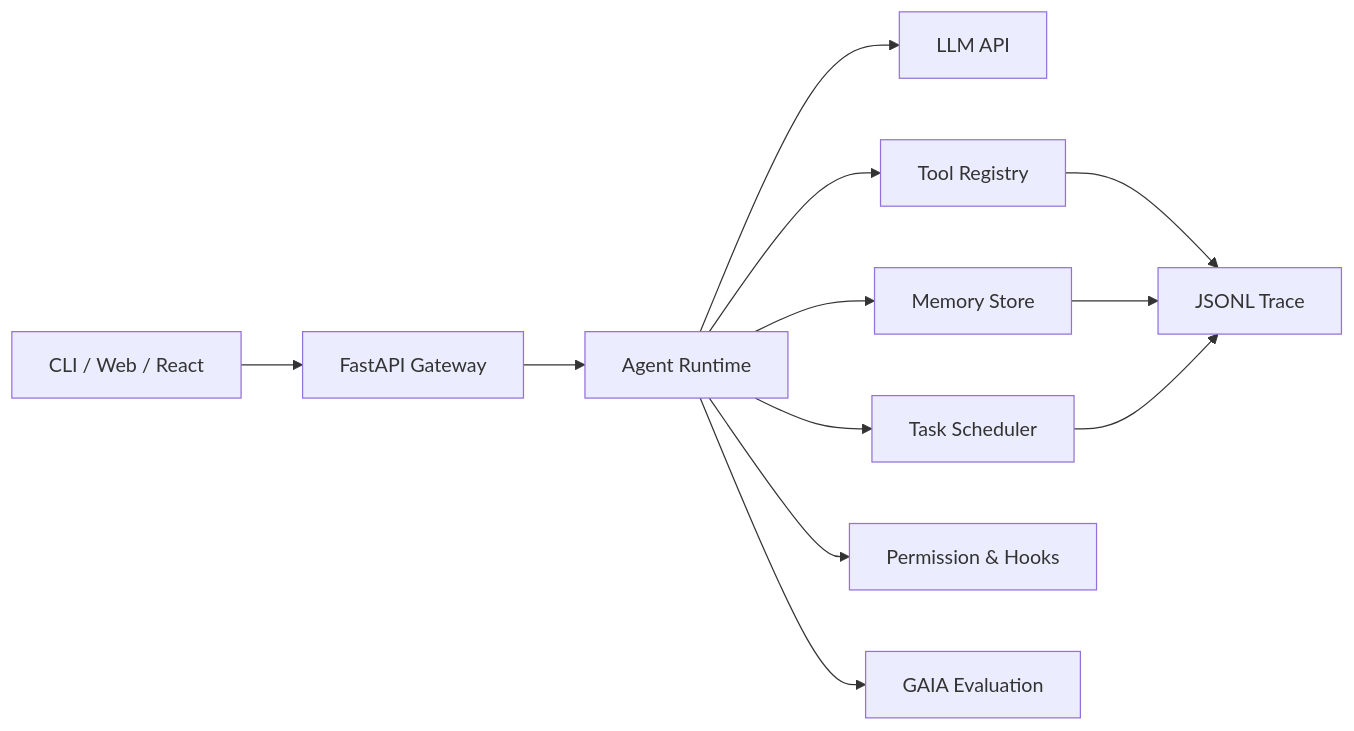
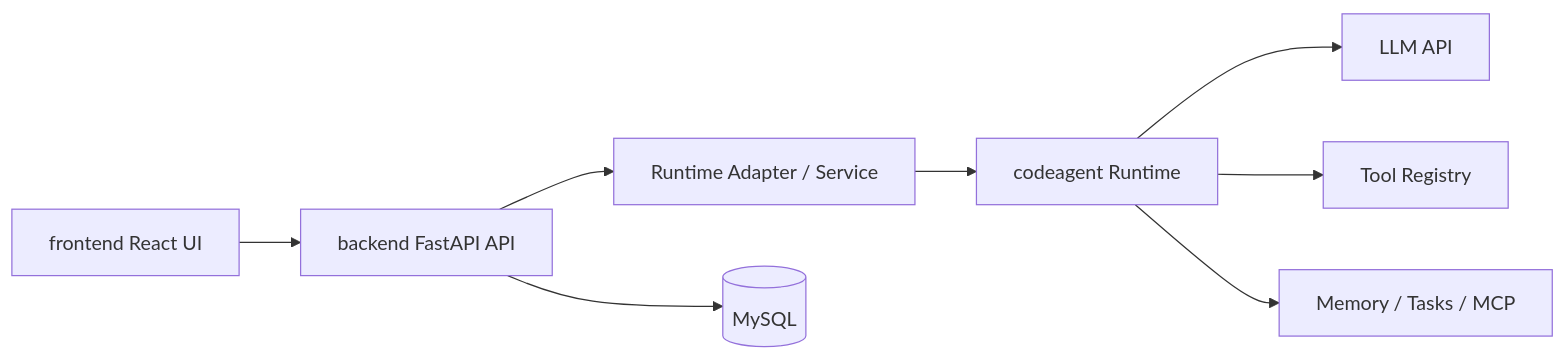
One commit to HZ3568/AgentForAll changed the diagram in README.md. Above: the diagram before and after it, drawn with Mermaid. The commit also changed other lines of this file and 52 other files, not shown here.

````diff
--- a/README.md
+++ b/README.md
@@ -29,14 +47,10 @@
 ```mermaid
 flowchart LR
-    UI[CLI / Web / React] --> API[FastAPI Gateway]
-    API --> Runtime[Agent Runtime]
-    Runtime --> LLM[LLM API]
-    Runtime --> Tools[Tool Registry]
-    Runtime --> Memory[Memory Store]
-    Runtime --> Tasks[Task Scheduler]
-    Runtime --> Hooks[Permission & Hooks]
-    Runtime --> Eval[GAIA Evaluation]
-    Tools --> Trace[JSONL Trace]
-    Memory --> Trace
-    Tasks --> Trace
+    Frontend[frontend React UI] --> Backend[backend FastAPI API]
+    Backend --> Adapter[Runtime Adapter / Service]
+    Adapter --> Core[codeagent Runtime]
+    Core --> LLM[LLM API]
+    Core --> Tools[Tool Registry]
+    Core --> Memory[Memory / Tasks / MCP]
+    Backend --> DB[(MySQL)]
 ```
````
